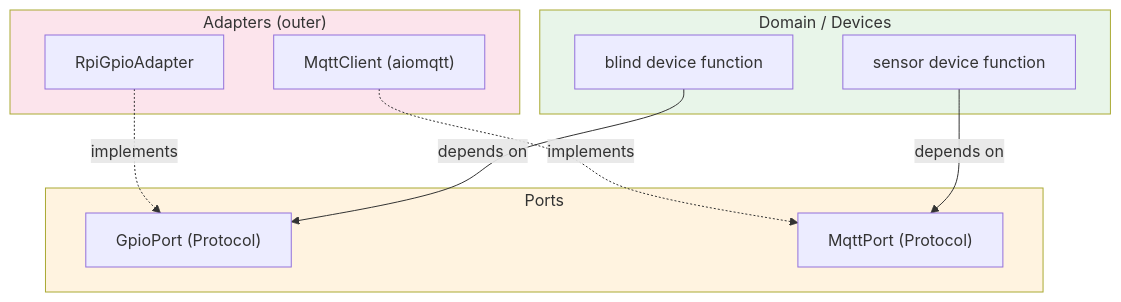
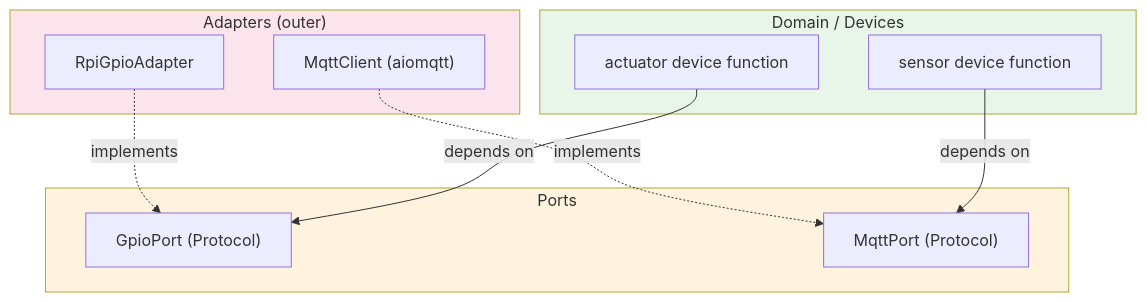
The second of 2 diagrams in docs/concepts/hexagonal.md (ff-fab/cosalette), drawn with Mermaid before and after one commit. The commit also changed other lines of this file and 33 other files, not shown here.

````diff
--- a/docs/concepts/hexagonal.md
+++ b/docs/concepts/hexagonal.md
@@ -164,23 +164,23 @@
 ```mermaid
 graph TB
     subgraph Outer ["Adapters (outer)"]
         A1["RpiGpioAdapter"]
         A2["MqttClient (aiomqtt)"]
     end
     subgraph Middle ["Ports"]
         P1["GpioPort (Protocol)"]
         P2["MqttPort (Protocol)"]
     end
     subgraph Inner ["Domain / Devices"]
-        D1["blind device function"]
+        D1["actuator device function"]
         D2["sensor device function"]
     end
     A1 -.->|implements| P1
     A2 -.->|implements| P2
     D1 -->|depends on| P1
     D2 -->|depends on| P2
 
     style Inner fill:#e8f5e9
     style Middle fill:#fff3e0
     style Outer fill:#fce4ec
 ```
````
